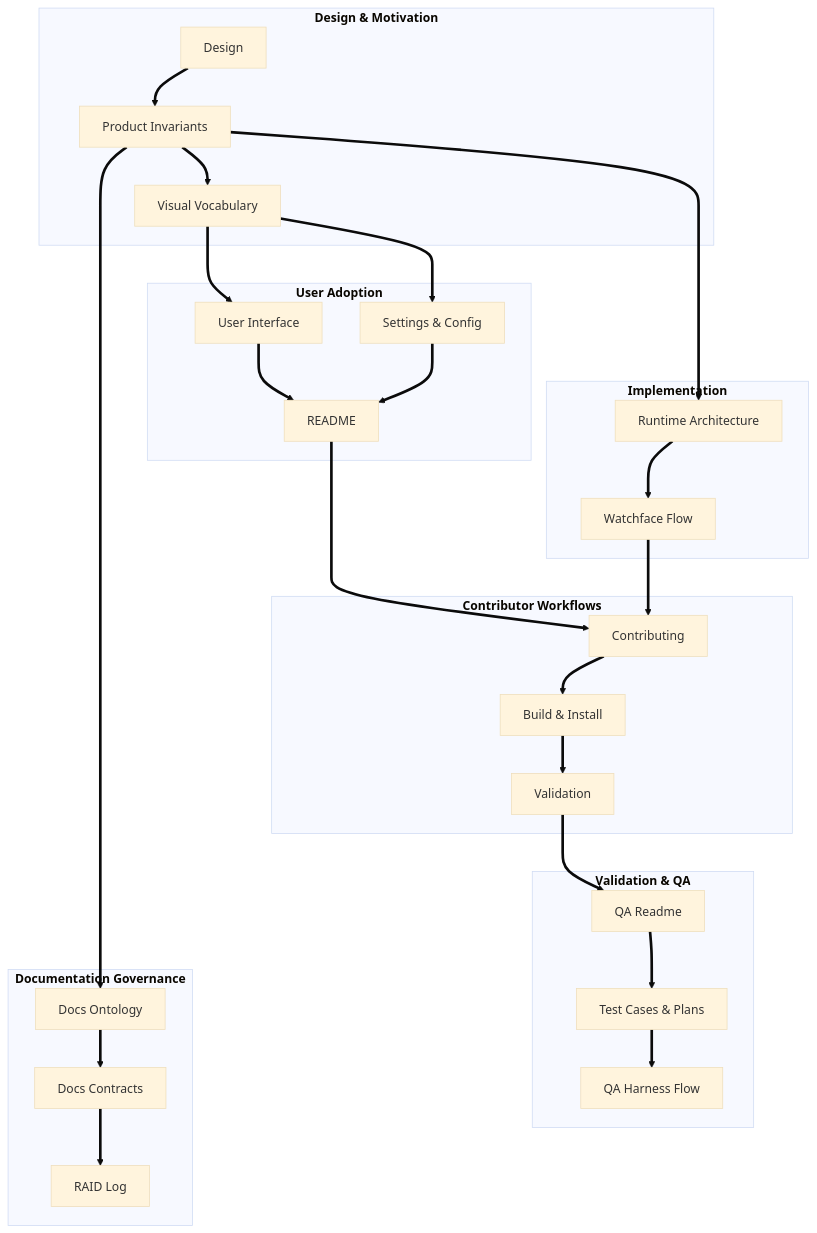
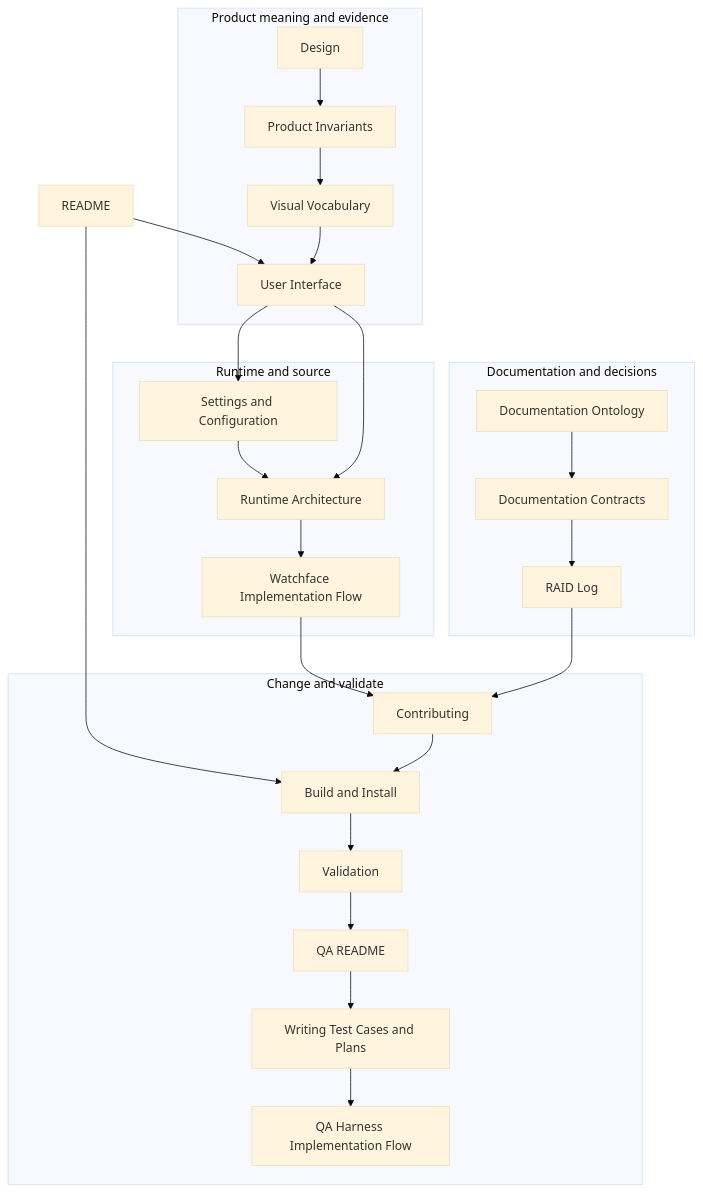
The diagram in docs/DocumentationOntology.md (jhatax/at-a-glance), drawn with Mermaid (base theme) before and after one commit. The commit also changed other lines of this file and 17 other files, not shown here.

````diff
--- a/docs/DocumentationOntology.md
+++ b/docs/DocumentationOntology.md
@@ -42,38 +42,29 @@
 ```mermaid
-graph TD
-  L1 ~~~ L2 ~~~ L3 ~~~ L4 ~~~ L5 ~~~ L6
+flowchart TD
+  entry["README"] --> ui
+  entry --> build
 
-  subgraph L1 ["<b>Design & Motivation</b>"]
-    p1["Design"] ==> p2["Product Invariants"]
-    p2 ==> p3["Visual Vocabulary"]
+  subgraph product["Product meaning and evidence"]
+    design["Design"] --> invariants["Product Invariants"]
+    invariants --> vocabulary["Visual Vocabulary"] --> ui["User Interface"]
   end
 
-  subgraph L2 ["<b>User Adoption</b>"]
-    p3 ==> u1
-    p3 ==> u2
-    u1["User Interface"] ==> u3
-    u2["Settings & Config"] ==> u3
-    u3["README"]
+  subgraph implementation["Runtime and source"]
+    runtime["Runtime Architecture"] --> source["Watchface Implementation Flow"]
+    settings["Settings and Configuration"] --> runtime
   end
+  ui --> runtime
+  ui --> settings
 
-  subgraph L3 ["<b>Implementation</b>"]
-    p2 ==> i1["Runtime Architecture"] ==> i2["Watchface Flow"]
+  subgraph workflow["Change and validate"]
+    contribute["Contributing"] --> build["Build and Install"] --> validate["Validation"]
+    validate --> qa["QA README"] --> plans["Writing Test Cases and Plans"]
+    plans --> execution["QA Harness Implementation Flow"]
   end
+  source --> contribute
 
-
-  subgraph L4 ["<b>Contributor Workflows</b>"]
-    u3 ==> c1
-    i2 ==> c1
-    c1["Contributing"] ==> c2["Build & Install"] ==> c3["Validation"]
+  subgraph governance["Documentation and decisions"]
+    ontology["Documentation Ontology"] --> contracts["Documentation Contracts"] --> raid["RAID Log"]
   end
-
-  subgraph L5 ["<b>Validation & QA</b>"]
-    c3 ==> q1
-    q1["QA Readme"] ==> q2["Test Cases & Plans"] ==> q3["QA Harness Flow"]
-  end
-
-  subgraph L6 ["<b>Documentation Governance</b>"]
-    p2 ==> d1
-    d1["Docs Ontology"] ==> d2["Docs Contracts"] ==> d3["RAID Log"]
-  end
+  raid --> contribute
 ```
````
